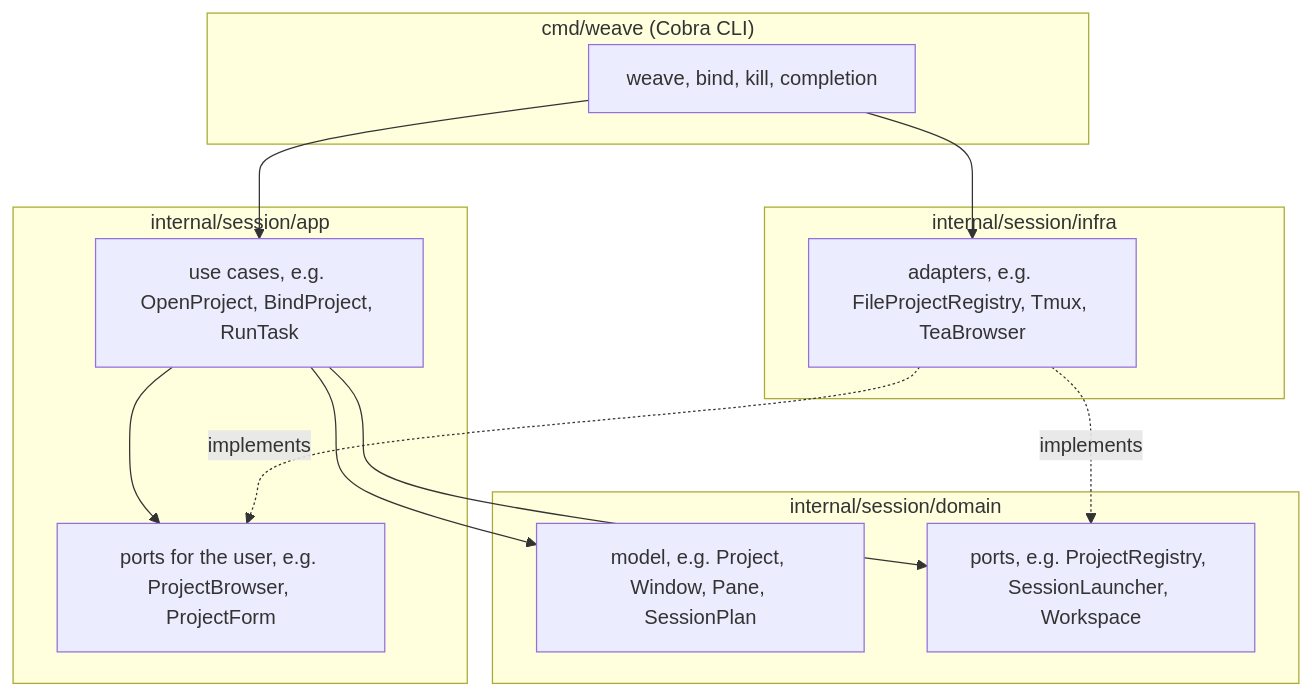
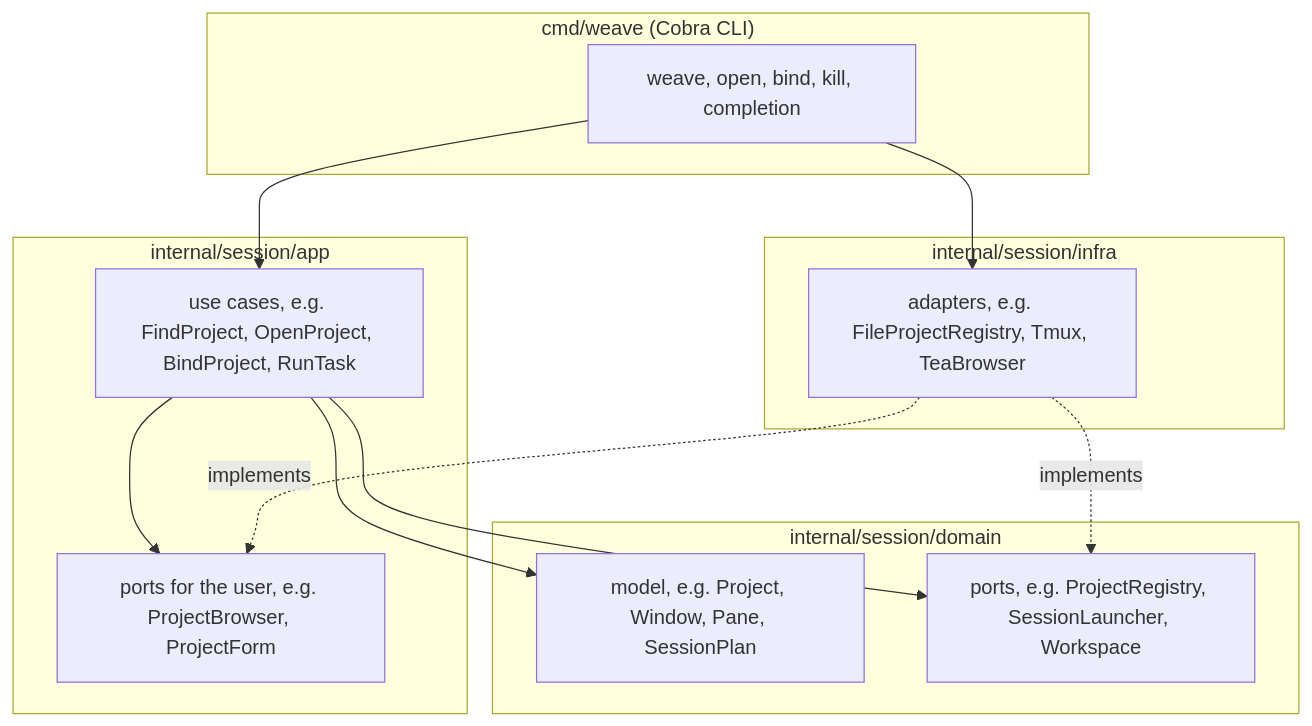
One commit to medilies/weaver changed the diagram in docs/development.md. Above: the diagram before and after it, drawn with Mermaid. The commit also changed 85 other files, not shown here.

````diff
--- a/docs/development.md
+++ b/docs/development.md
@@ -28,25 +28,25 @@
 ```mermaid
 graph TD
     subgraph cmd["cmd/weave (Cobra CLI)"]
-        CLI["weave, bind, kill, completion"]
+        CLI["weave, open, bind, kill, completion"]
     end
     subgraph app["internal/session/app"]
-        UC["use cases, e.g. OpenProject, BindProject, RunTask"]
+        UC["use cases, e.g. FindProject, OpenProject, BindProject, RunTask"]
         AP["ports for the user, e.g. ProjectBrowser, ProjectForm"]
     end
     subgraph domain["internal/session/domain"]
         M["model, e.g. Project, Window, Pane, SessionPlan"]
         DP["ports, e.g. ProjectRegistry, SessionLauncher, Workspace"]
     end
     subgraph infra["internal/session/infra"]
         A["adapters, e.g. FileProjectRegistry, Tmux, TeaBrowser"]
     end
 
     CLI --> UC
     CLI --> A
     UC --> M
     UC --> DP
     UC --> AP
     A -.implements.-> DP
     A -.implements.-> AP
 ```
````
